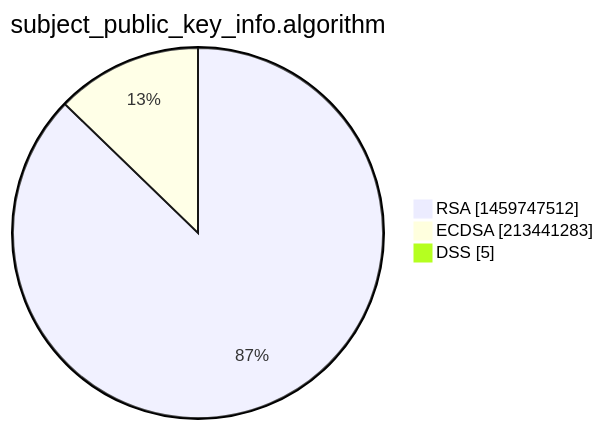
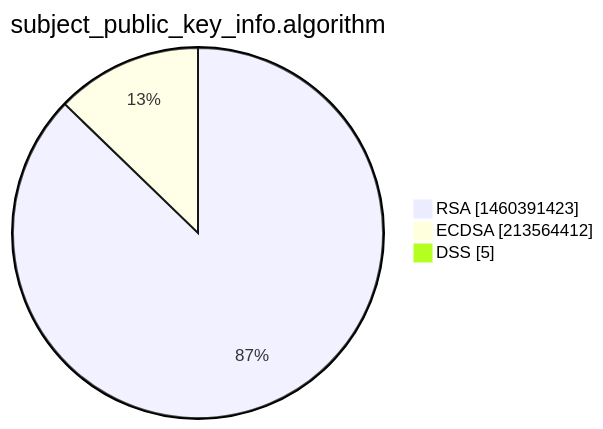
Before and after one commit to christiankrug/ctmonitor_visualization: the third of 15 diagrams in xenon2022/README.md, drawn with Mermaid. The commit also changed other lines of this file, not shown here.

````diff
--- a/xenon2022/README.md
+++ b/xenon2022/README.md
@@ -14,7 +14,7 @@
 ```mermaid
 pie showData
 title subject_public_key_info.algorithm
-"RSA" :1459747512
-"ECDSA" :213441283
+"RSA" :1460391423
+"ECDSA" :213564412
 "DSS" :5
 ```
````
